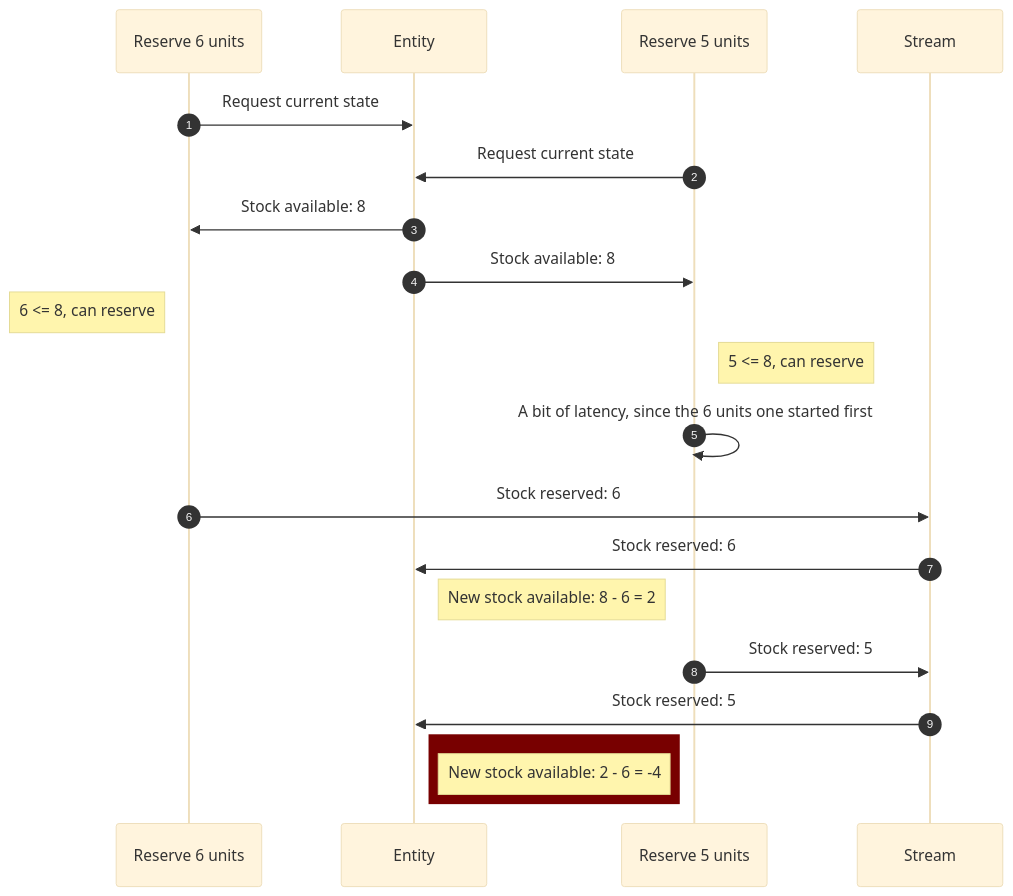
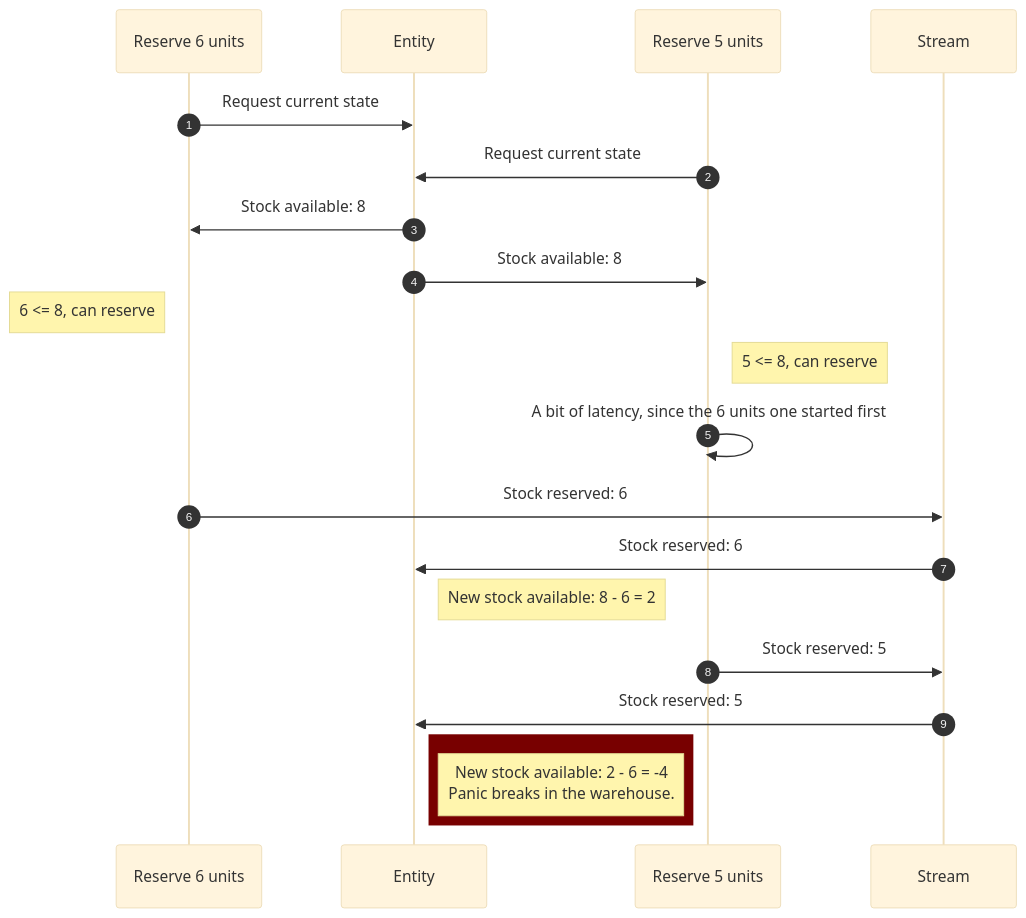
One commit to JYCabello/yeray-booster-tryout changed the diagram in rfc.md. Above: the diagram before and after it, drawn with Mermaid (base theme).

````diff
--- a/rfc.md
+++ b/rfc.md
@@ -56,19 +56,19 @@
 ```mermaid
 sequenceDiagram
   autonumber
   Reserve 6 units ->> Entity: Request current state
   Reserve 5 units ->> Entity: Request current state
   Entity ->> Reserve 6 units: Stock available: 8
   Entity ->> Reserve 5 units: Stock available: 8
   Note left of Reserve 6 units: 6 <= 8, can reserve
   Note right of Reserve 5 units: 5 <= 8, can reserve
   Reserve 5 units ->> Reserve 5 units: A bit of latency, since the 6 units one started first
   Reserve 6 units ->> Stream: Stock reserved: 6
   Stream ->> Entity: Stock reserved: 6
   Note right of Entity: New stock available: 8 - 6 = 2
   Reserve 5 units ->> Stream: Stock reserved: 5
   Stream ->> Entity: Stock reserved: 5
   rect rgb(120, 0, 0)
-    Note right of Entity: New stock available: 2 - 6 = -4
+    Note right of Entity: New stock available: 2 - 6 = -4<br/>Panic breaks in the warehouse.
   end
 ```
````
